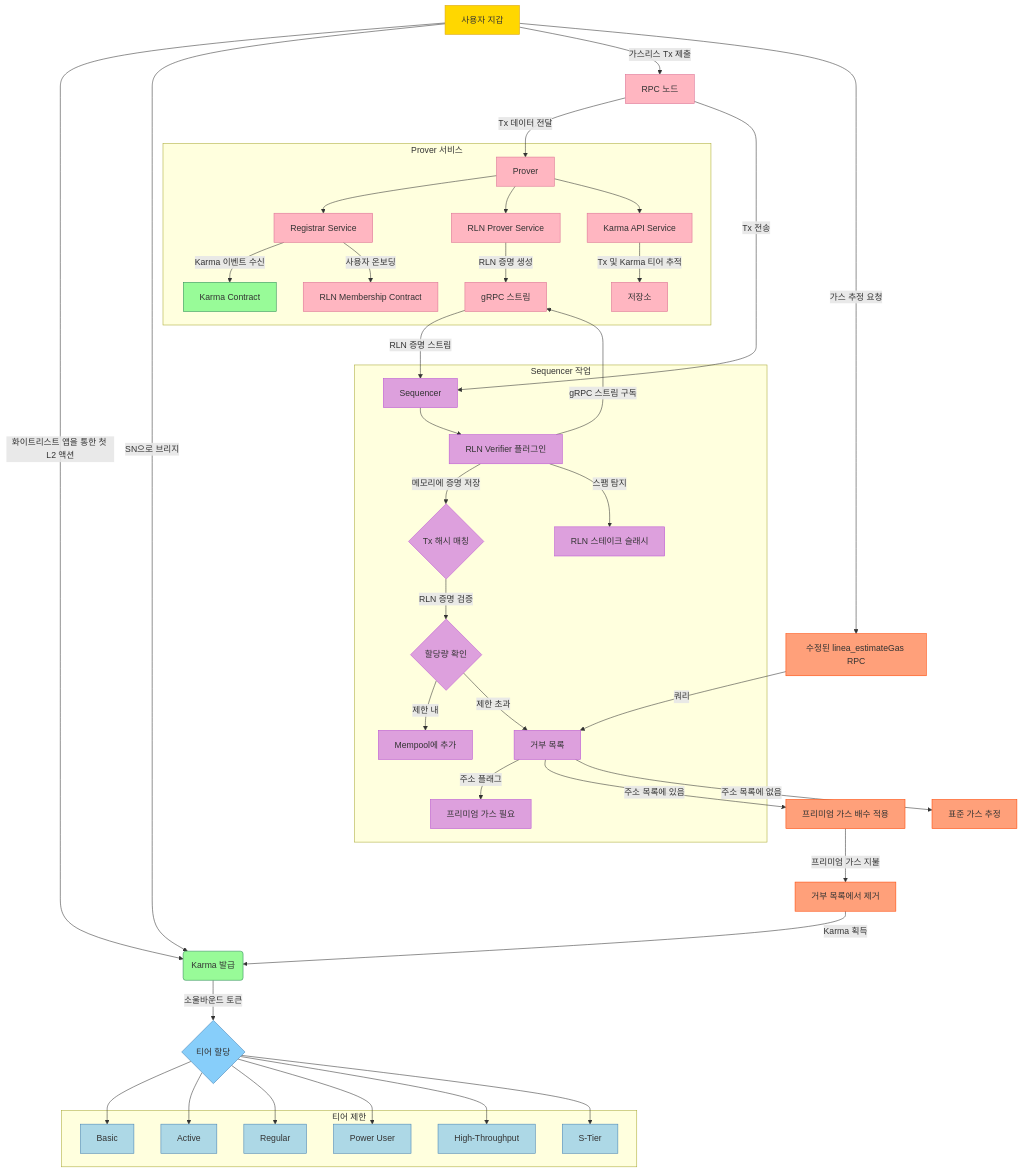
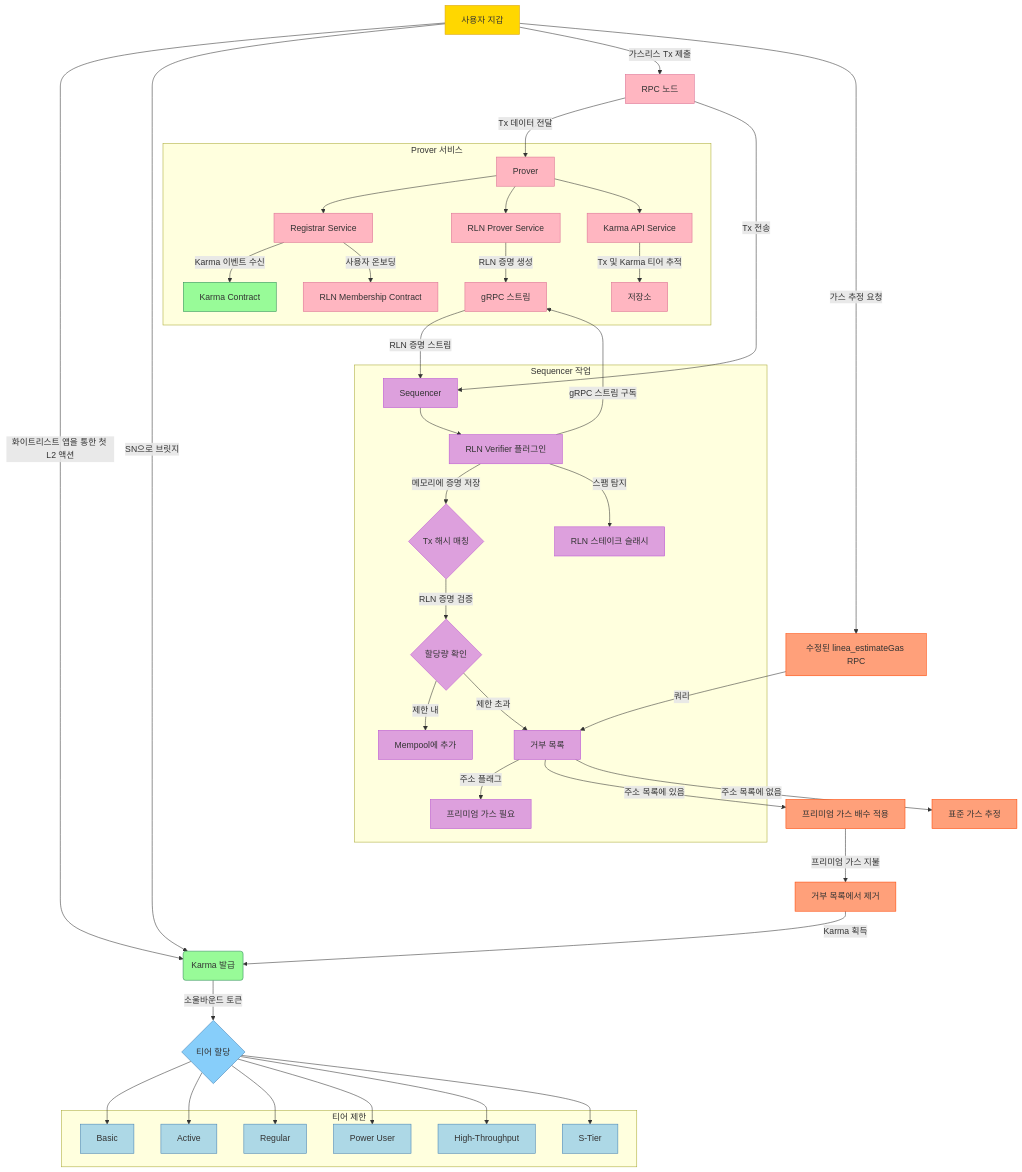
Before and after one commit to status-im/docs.status.network: the diagram in i18n/ko/docusaurus-plugin-content-docs/current/overview/general-info/gasless-transactions.md, drawn with Mermaid. The commit also changed 12 other files, not shown here.

````diff
--- a/i18n/ko/docusaurus-plugin-content-docs/current/overview/general-info/gasless-transactions.md
+++ b/i18n/ko/docusaurus-plugin-content-docs/current/overview/general-info/gasless-transactions.md
@@ -30,74 +30,74 @@
 ```mermaid
 graph TD
     A[사용자 지갑] -->|화이트리스트 앱을 통한 첫 L2 액션| B(Karma 발급)
-    A -->|SN으로 브리지| B
+    A -->|SN으로 브릿지| B
     B -->|소울바운드 토큰| C{티어 할당}
 
     subgraph "티어 제한"
         D[Basic]
         E[Active]
         F[Regular]
         G[Power User]
         H[High-Throughput]
         I[S-Tier]
     end
 
     C --> D
     C --> E
     C --> F
     C --> G
     C --> H
     C --> I
 
     %% RLN 플로우
     A -->|가스리스 Tx 제출| J[RPC 노드]
     J -->|Tx 데이터 전달| K[Prover]
     subgraph "Prover 서비스"
         K --> K1[Registrar Service]
         K --> K2[RLN Prover Service]
         K --> K3[Karma API Service]
         K1 -->|Karma 이벤트 수신| L[Karma Contract]
         K1 -->|사용자 온보딩| M[RLN Membership Contract]
         K2 -->|RLN 증명 생성| N[gRPC 스트림]
         K3 -->|Tx 및 Karma 티어 추적| O[저장소]
     end
     J -->|Tx 전송| P[Sequencer]
     N -->|RLN 증명 스트림| P
 
     %% Sequencer 섹션
     subgraph "Sequencer 작업"
         P --> Q[RLN Verifier 플러그인]
         Q -->|gRPC 스트림 구독| N
         Q -->|메모리에 증명 저장| R{Tx 해시 매칭}
         R -->|RLN 증명 검증| S{할당량 확인}
         S -->|제한 내| T[Mempool에 추가]
         S -->|제한 초과| U[거부 목록]
         U -->|주소 플래그| V[프리미엄 가스 필요]
         Q -->|스팸 탐지| W[RLN 스테이크 슬래시]
     end
 
     %% 가스 추정 플로우
     A -->|가스 추정 요청| X[수정된 linea_estimateGas RPC]
     X -->|쿼리| U
     U -->|주소 목록에 있음| Y[프리미엄 가스 배수 적용]
     Y -->|프리미엄 가스 지불| Z[거부 목록에서 제거]
     Z -->|Karma 획득| B
     U -->|주소 목록에 없음| AA[표준 가스 추정]
 
     %% 스타일링
     classDef wallet fill:#FFD700,stroke:#DAA520,color:#333
     classDef karma fill:#98FB98,stroke:#2E8B57,color:#333
     classDef tier fill:#87CEFA,stroke:#4682B4,color:#333
     classDef tierNode fill:#ADD8E6,stroke:#4682B4,color:#333
     classDef rln fill:#FFB6C1,stroke:#DB7093,color:#333
     classDef sequencer fill:#DDA0DD,stroke:#BA55D3,color:#333
     classDef gas fill:#FFA07A,stroke:#FF4500,color:#333
 
     class A wallet
     class B,L karma
     class C tier
     class D,E,F,G,H,I tierNode
     class J,K,K1,K2,K3,M,N,O rln
     class P,Q,R,S,T,U,V,W sequencer
     class X,Y,Z,AA gas
 ```
````
